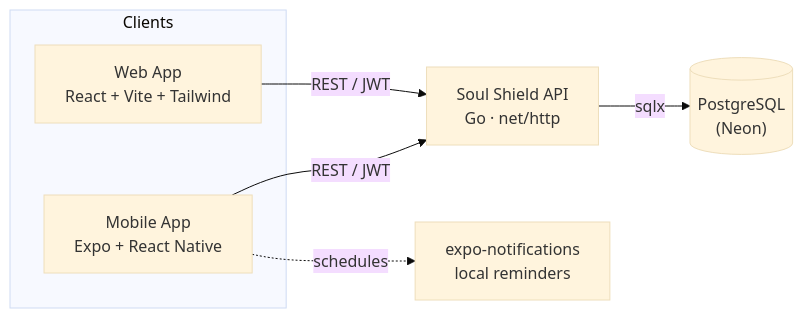
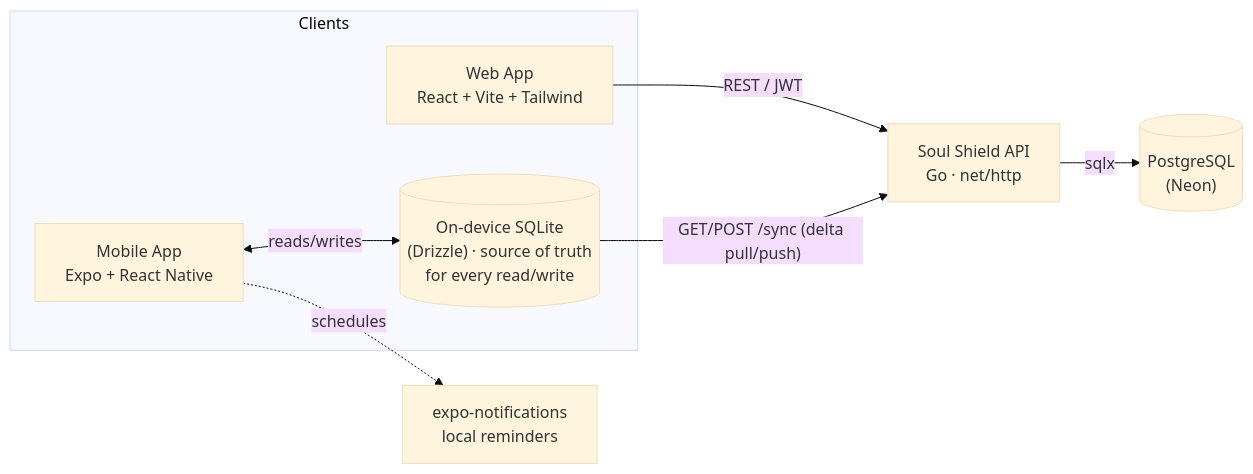
Before and after one commit to Farhan0140/_Soul_Shield: the first of 2 diagrams in README.md, drawn with Mermaid (base theme). The commit also changed other lines of this file, not shown here.

````diff
--- a/README.md
+++ b/README.md
@@ -67,16 +69,18 @@
 ```mermaid
 flowchart LR
     subgraph Clients
         Web["Web App<br/>React + Vite + Tailwind"]
         Mobile["Mobile App<br/>Expo + React Native"]
+        SQLite[("On-device SQLite<br/>(Drizzle) · source of truth<br/>for every read/write")]
     end
 
     API["Soul Shield API<br/>Go · net/http"]
     DB[("PostgreSQL<br/>(Neon)")]
     Notif["expo-notifications<br/>local reminders"]
 
     Web -- REST / JWT --> API
-    Mobile -- REST / JWT --> API
+    Mobile <-- reads/writes --> SQLite
+    SQLite -- "GET/POST /sync (delta pull/push)" --> API
     API -- sqlx --> DB
     Mobile -. schedules .-> Notif
 ```
````
